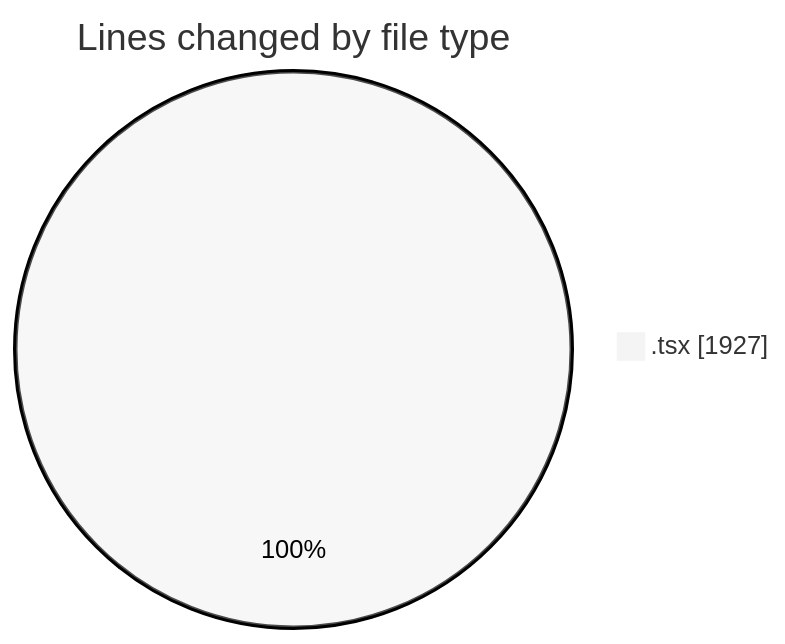
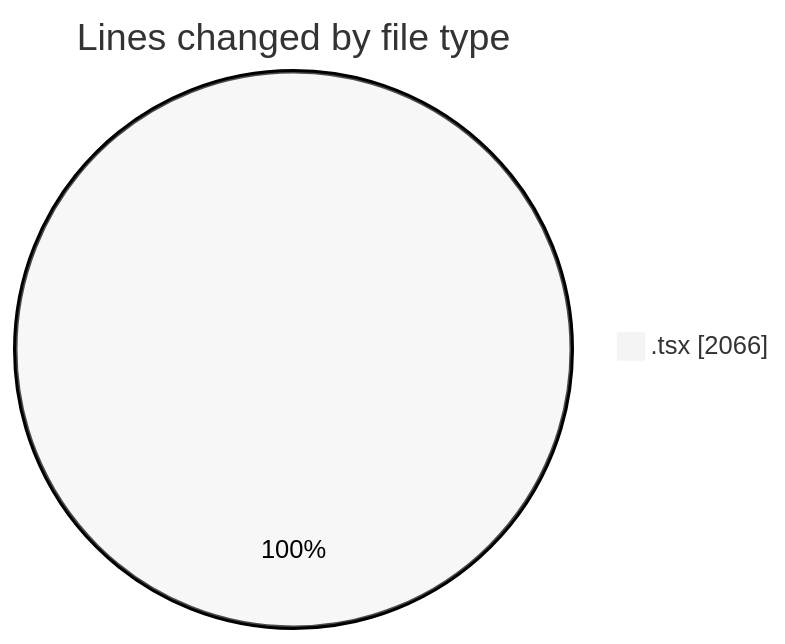
One commit to nxtqubesakshisongat/code-tracking changed the first of 2 diagrams in 2026-03-05/nxtqube_webapp/README.md. Above: the diagram before and after it, drawn with Mermaid (neutral theme). The commit also changed other lines of this file and 1 other file, not shown here.

````diff
--- a/2026-03-05/nxtqube_webapp/README.md
+++ b/2026-03-05/nxtqube_webapp/README.md
@@ -21,5 +21,5 @@
 ```mermaid
 pie showData
 title Lines changed by file type
-".tsx" : 1927
+".tsx" : 2066
 ```
````
